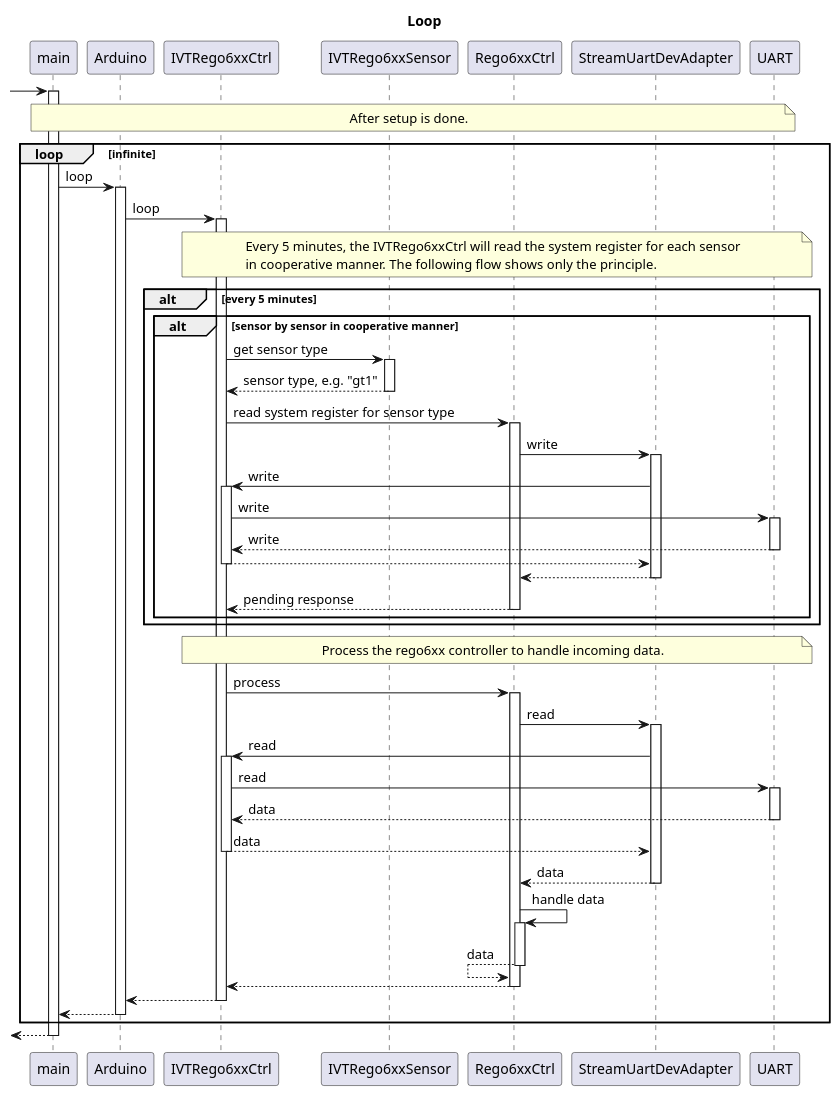
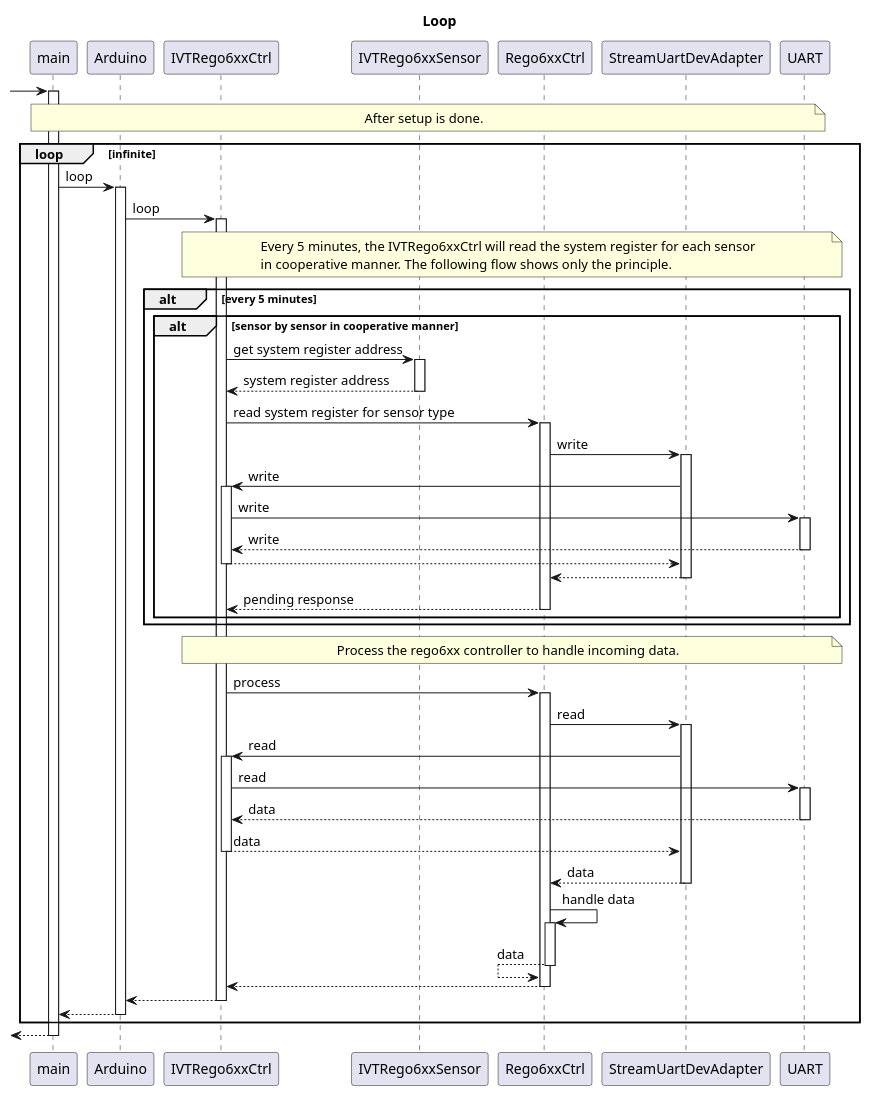
The diagram in doc/sw-architecture/loop.puml (BlueAndi/IVTRego6xxControl), drawn with PlantUML before and after one commit. The commit also changed 20 other files, not shown here.

Commit message:
The sensor provides the system register address now. Therefore its easier to just configure the required sensors via yaml file.

```diff
--- a/doc/sw-architecture/loop.puml
+++ b/doc/sw-architecture/loop.puml
@@ -1,65 +1,65 @@
 @startuml setup
 
 title Loop
 
 participant "main" as main
 participant "Arduino" as arduino
 participant "IVTRego6xxCtrl" as ivtRego6xxCtrl
 participant "IVTRego6xxSensor" as ivtRego6xxSensor
 participant "Rego6xxCtrl" as rego6xxCtrl
 participant "StreamUartDevAdapter" as streamUartDevAdapter
 participant "UART" as uart
 
 autoactivate on
 
 -> main
 
     note over main,uart
         After setup is done.
     end note
 
     loop infinite
 
         main -> arduino: loop
             arduino -> ivtRego6xxCtrl: loop
 
                 note over ivtRego6xxCtrl, uart
                     Every 5 minutes, the IVTRego6xxCtrl will read the system register for each sensor
                     in cooperative manner. The following flow shows only the principle.
                 end note
 
                 alt every 5 minutes
                     alt sensor by sensor in cooperative manner
-                        ivtRego6xxCtrl -> ivtRego6xxSensor: get sensor type
-                        ivtRego6xxCtrl <-- ivtRego6xxSensor: sensor type, e.g. "gt1"
+                        ivtRego6xxCtrl -> ivtRego6xxSensor: get system register address
+                        ivtRego6xxCtrl <-- ivtRego6xxSensor: system register address
                         ivtRego6xxCtrl -> rego6xxCtrl: read system register for sensor type
                             rego6xxCtrl -> streamUartDevAdapter: write
                                 streamUartDevAdapter -> ivtRego6xxCtrl: write
                                     ivtRego6xxCtrl -> uart: write
                                     ivtRego6xxCtrl <-- uart: write
                                 streamUartDevAdapter <-- ivtRego6xxCtrl
                             rego6xxCtrl <-- streamUartDevAdapter
                         ivtRego6xxCtrl <-- rego6xxCtrl: pending response
                     end
                 end
 
                 note over ivtRego6xxCtrl, uart
                     Process the rego6xx controller to handle incoming data.
                 end note
 
                 ivtRego6xxCtrl -> rego6xxCtrl: process
                     rego6xxCtrl -> streamUartDevAdapter: read
                         streamUartDevAdapter -> ivtRego6xxCtrl: read
                             ivtRego6xxCtrl -> uart: read
                             ivtRego6xxCtrl <-- uart: data
                         streamUartDevAdapter <-- ivtRego6xxCtrl: data
                     rego6xxCtrl <-- streamUartDevAdapter: data
                     rego6xxCtrl -> rego6xxCtrl: handle data
                     rego6xxCtrl <-- rego6xxCtrl: data
                 ivtRego6xxCtrl <-- rego6xxCtrl
             arduino <-- ivtRego6xxCtrl
         main <-- arduino
     end
 <-- main
 
 @enduml
```
